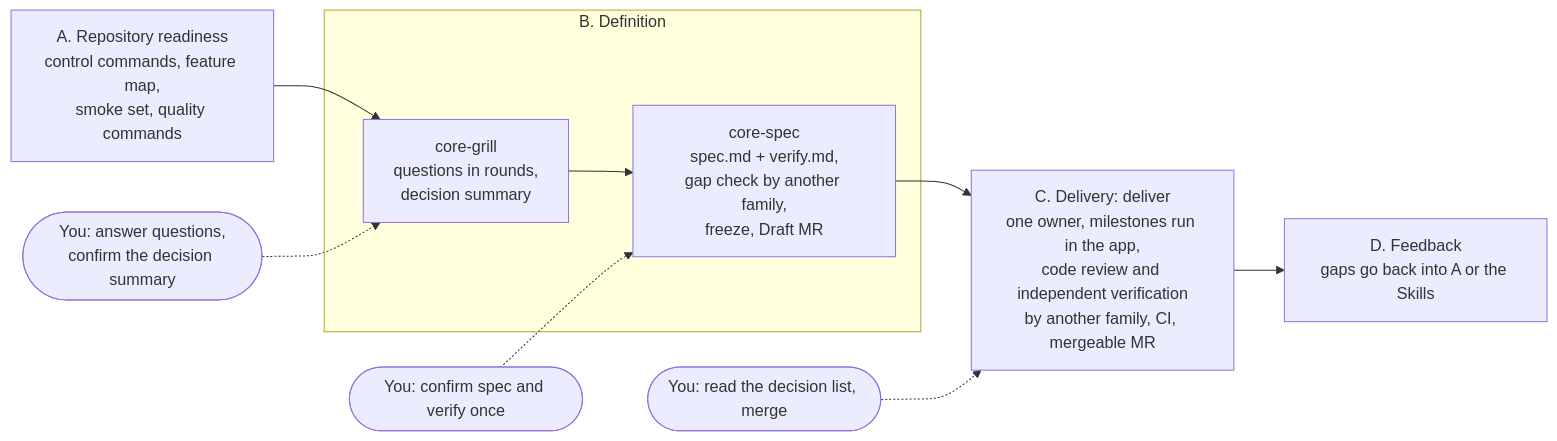
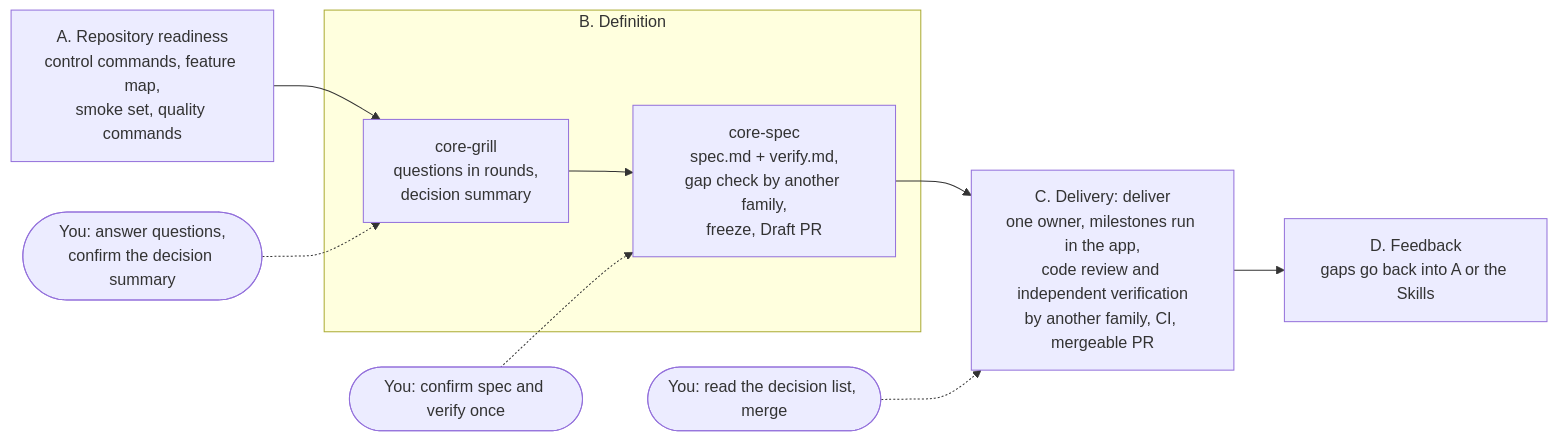
Before and after one commit to coder-xieshijie/dev-skills: the diagram in README.md, drawn with Mermaid. The commit also changed other lines of this file and 1 other file, not shown here.

````diff
--- a/README.md
+++ b/README.md
@@ -9,12 +11,12 @@
 ```mermaid
 flowchart LR
     A["A. Repository readiness<br/>control commands, feature map,<br/>smoke set, quality commands"] --> B1
     subgraph B["B. Definition"]
-        B1["core-grill<br/>questions in rounds,<br/>decision summary"] --> B2["core-spec<br/>spec.md + verify.md,<br/>gap check by another family,<br/>freeze, Draft MR"]
+        B1["core-grill<br/>questions in rounds,<br/>decision summary"] --> B2["core-spec<br/>spec.md + verify.md,<br/>gap check by another family,<br/>freeze, Draft PR"]
     end
-    B2 --> C["C. Delivery: deliver<br/>one owner, milestones run in the app,<br/>code review and independent verification<br/>by another family, CI, mergeable MR"]
+    B2 --> C["C. Delivery: deliver<br/>one owner, milestones run in the app,<br/>code review and independent verification<br/>by another family, CI, mergeable PR"]
     C --> D["D. Feedback<br/>gaps go back into A or the Skills"]
     H1(["You: answer questions,<br/>confirm the decision summary"]) -.-> B1
     H2(["You: confirm spec and verify once"]) -.-> B2
     H3(["You: read the decision list, merge"]) -.-> C
 ```
````
